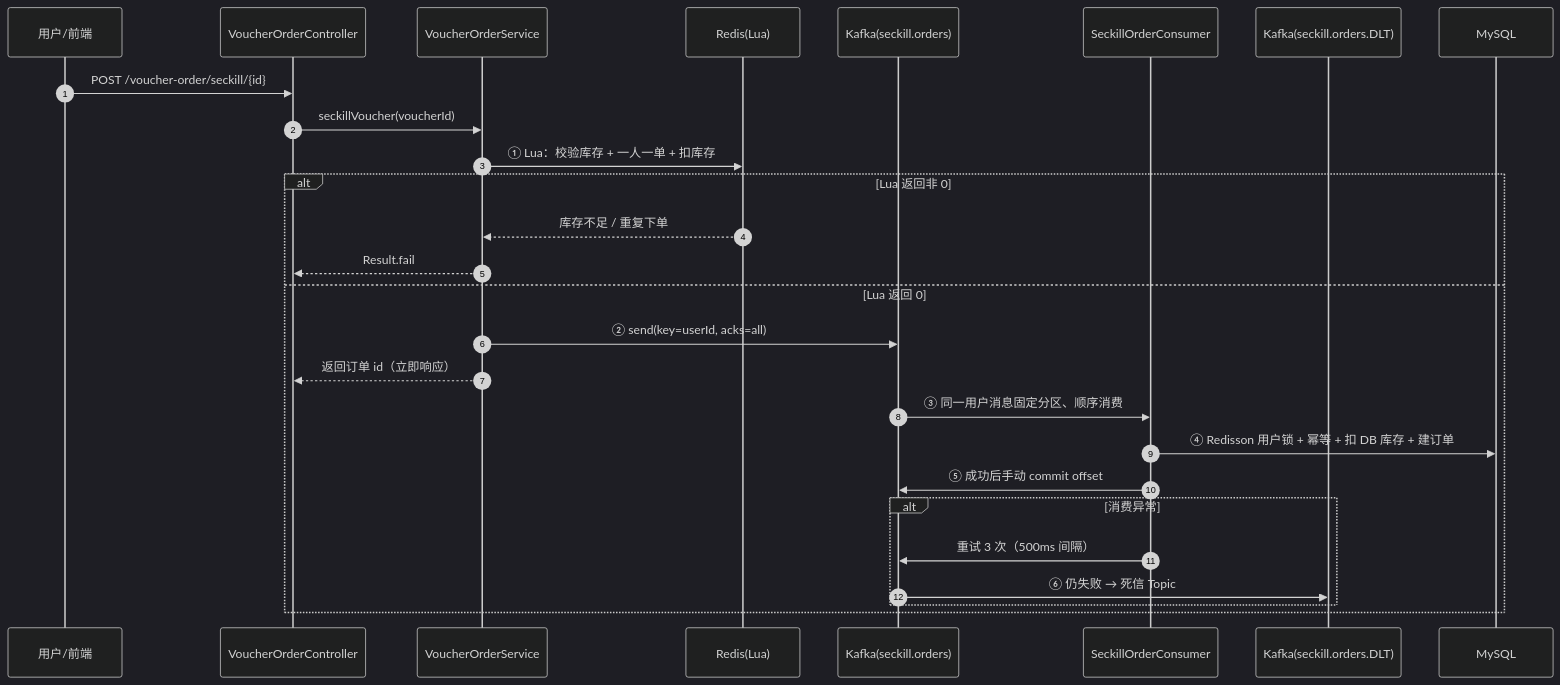
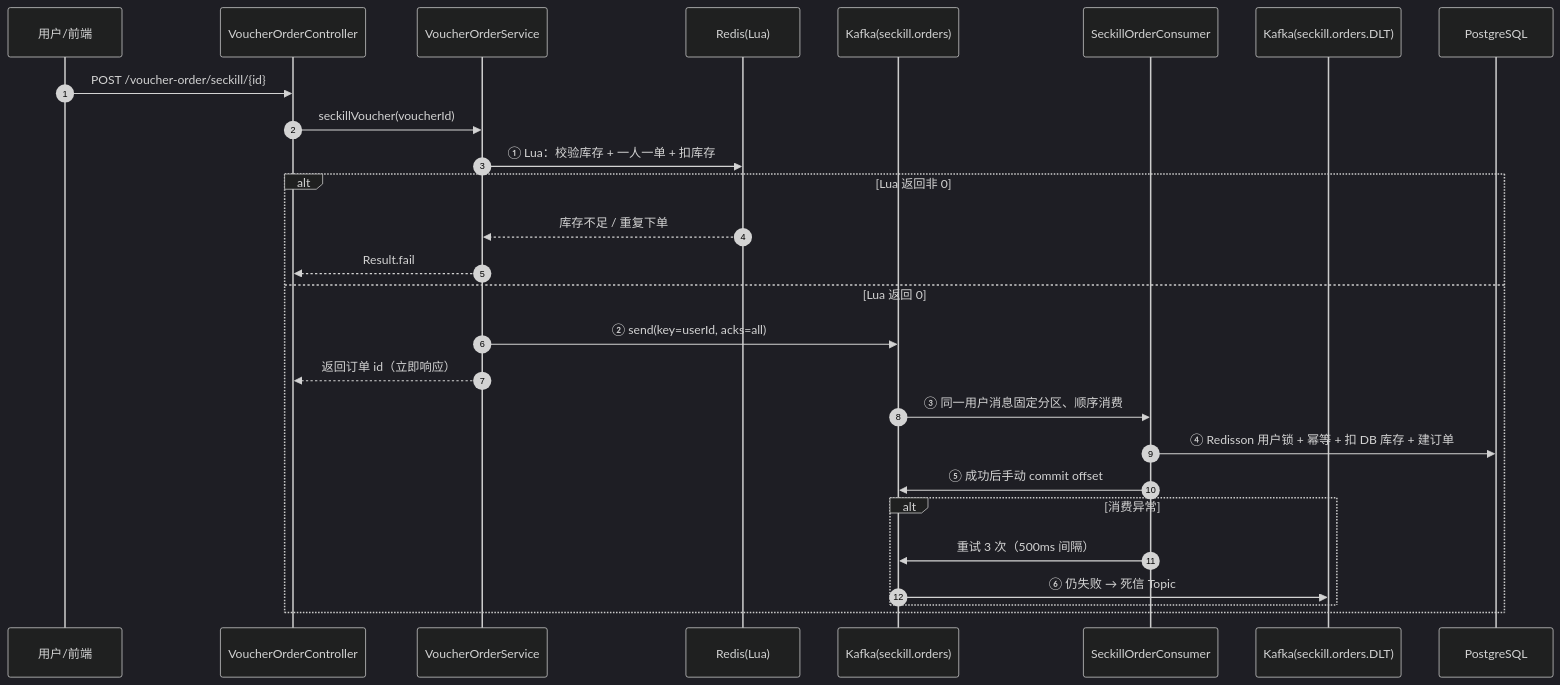
The second of 2 diagrams in README.md (TokaiTeio666/sun_life), drawn with Mermaid (dark theme) before and after one commit. The commit also changed other lines of this file and 47 other files, not shown here.

First line of the commit message:
feat(db): 数据库从 MySQL 8 迁移到 PostgreSQL 16

````diff
--- a/README.md
+++ b/README.md
@@ -85,30 +85,30 @@
 ```mermaid
 sequenceDiagram
     autonumber
     participant U as 用户/前端
     participant API as VoucherOrderController
     participant SVC as VoucherOrderService
     participant R as Redis(Lua)
     participant K as Kafka(seckill.orders)
     participant C as SeckillOrderConsumer
     participant D as Kafka(seckill.orders.DLT)
-    participant DB as MySQL
+    participant DB as PostgreSQL
 
     U->>API: POST /voucher-order/seckill/{id}
     API->>SVC: seckillVoucher(voucherId)
     SVC->>R: ① Lua：校验库存 + 一人一单 + 扣库存
     alt Lua 返回非 0
         R-->>SVC: 库存不足 / 重复下单
         SVC-->>API: Result.fail
     else Lua 返回 0
         SVC->>K: ② send(key=userId, acks=all)
         SVC-->>API: 返回订单 id（立即响应）
         K->>C: ③ 同一用户消息固定分区、顺序消费
         C->>DB: ④ Redisson 用户锁 + 幂等 + 扣 DB 库存 + 建订单
         C->>K: ⑤ 成功后手动 commit offset
         alt 消费异常
             C->>K: 重试 3 次（500ms 间隔）
             K->>D: ⑥ 仍失败 → 死信 Topic
         end
     end
 ```
````
